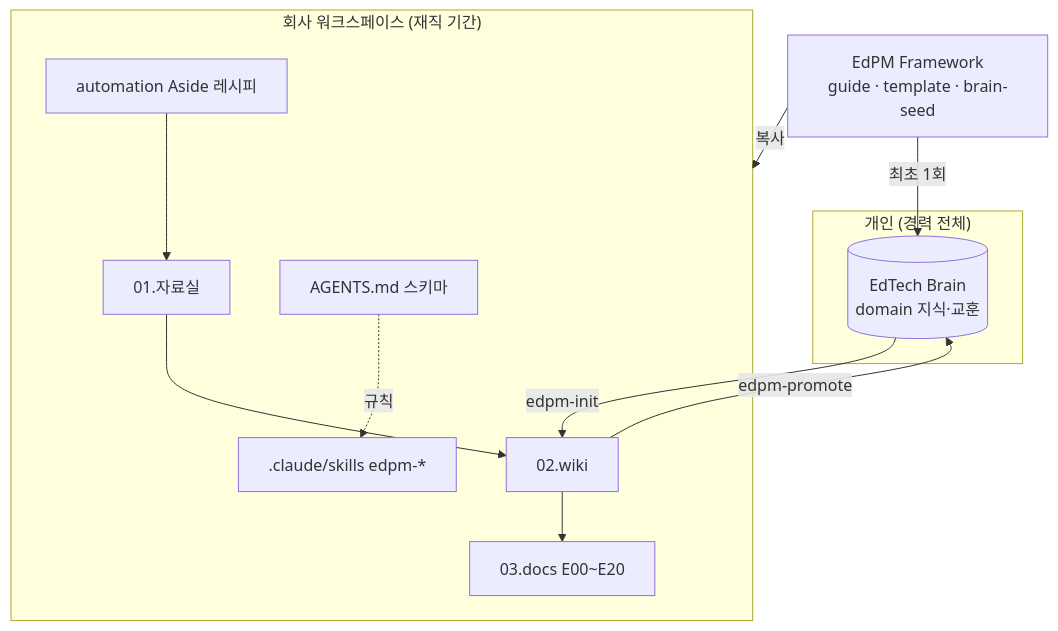
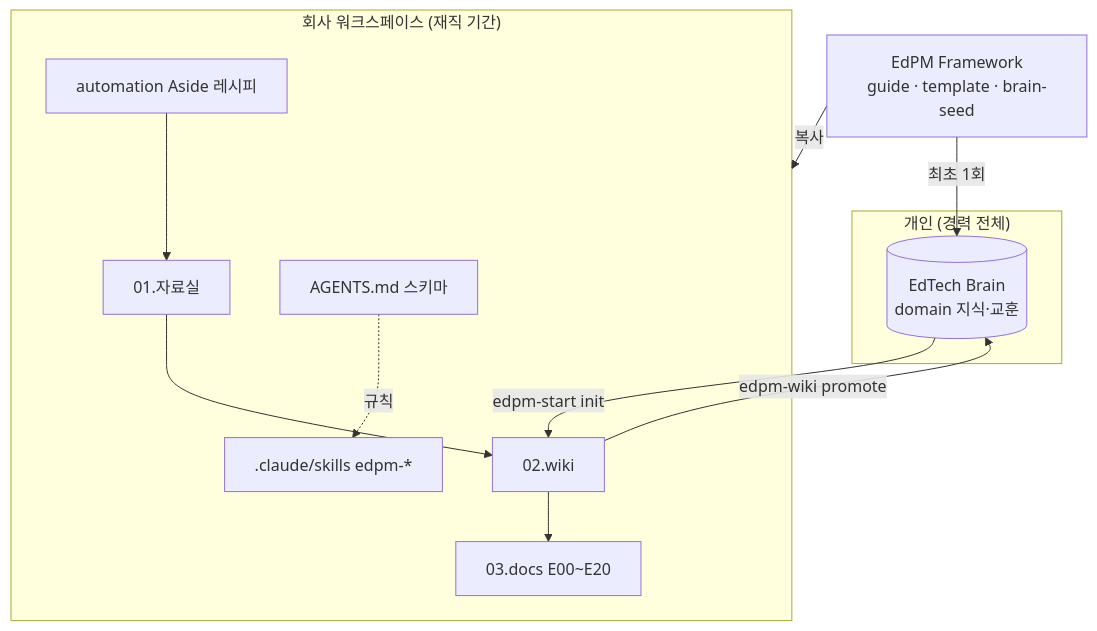
Before and after one commit to rey-hailey/agent-driven-edpm: the diagram in guide/01.설계원칙과구조.md, drawn with Mermaid. The commit also changed 253 other files, not shown here.

````diff
--- a/guide/01.설계원칙과구조.md
+++ b/guide/01.설계원칙과구조.md
@@ -20,20 +20,20 @@
 ```mermaid
 graph TB
     subgraph 개인["개인 (경력 전체)"]
         BRAIN[(EdTech Brain<br/>domain 지식·교훈)]
     end
     subgraph 회사["회사 워크스페이스 (재직 기간)"]
         SCHEMA[AGENTS.md 스키마]
         RAW[01.자료실]
         WIKI[02.wiki]
         DOCS[03.docs E00~E20]
         SK[.claude/skills edpm-*]
         AUTO[automation Aside 레시피]
     end
     FW[EdPM Framework<br/>guide · template · brain-seed] -->|복사| 회사
     FW -->|최초 1회| BRAIN
-    BRAIN -->|edpm-init| WIKI
-    WIKI -->|edpm-promote| BRAIN
+    BRAIN -->|edpm-start init| WIKI
+    WIKI -->|edpm-wiki promote| BRAIN
     AUTO --> RAW --> WIKI --> DOCS
     SCHEMA -.규칙.-> SK
 ```
````
